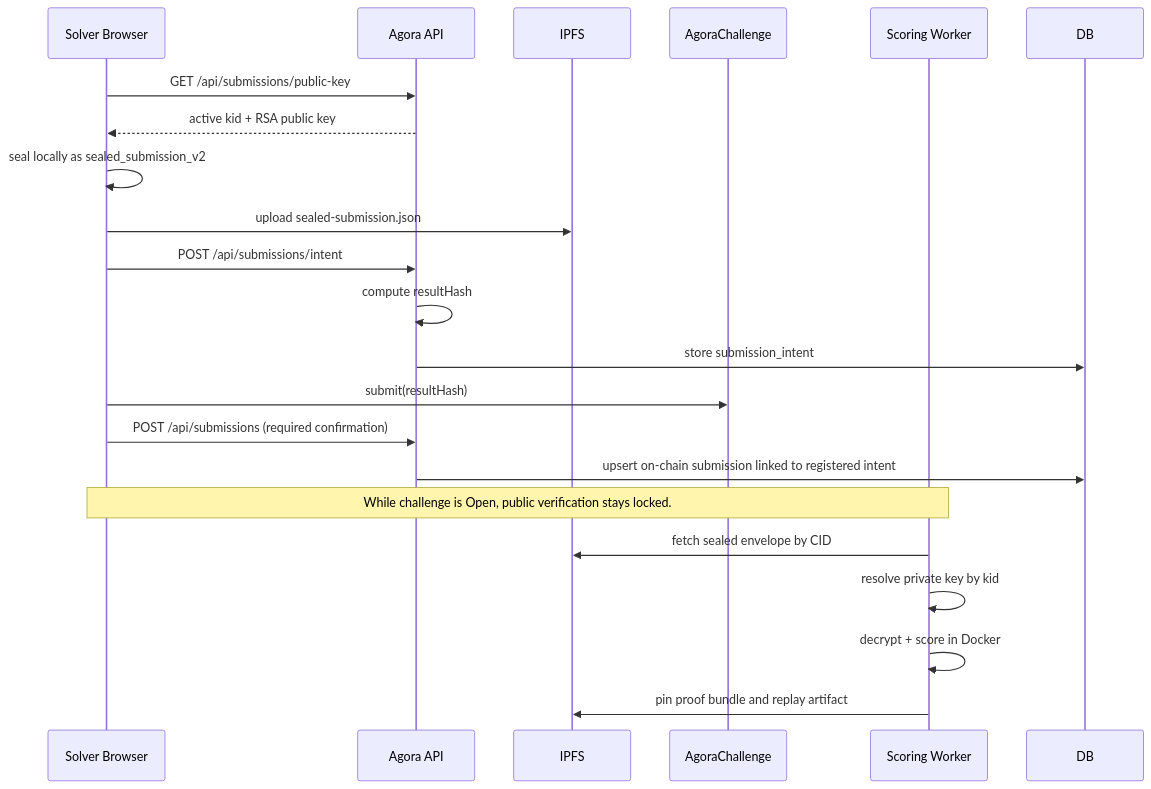
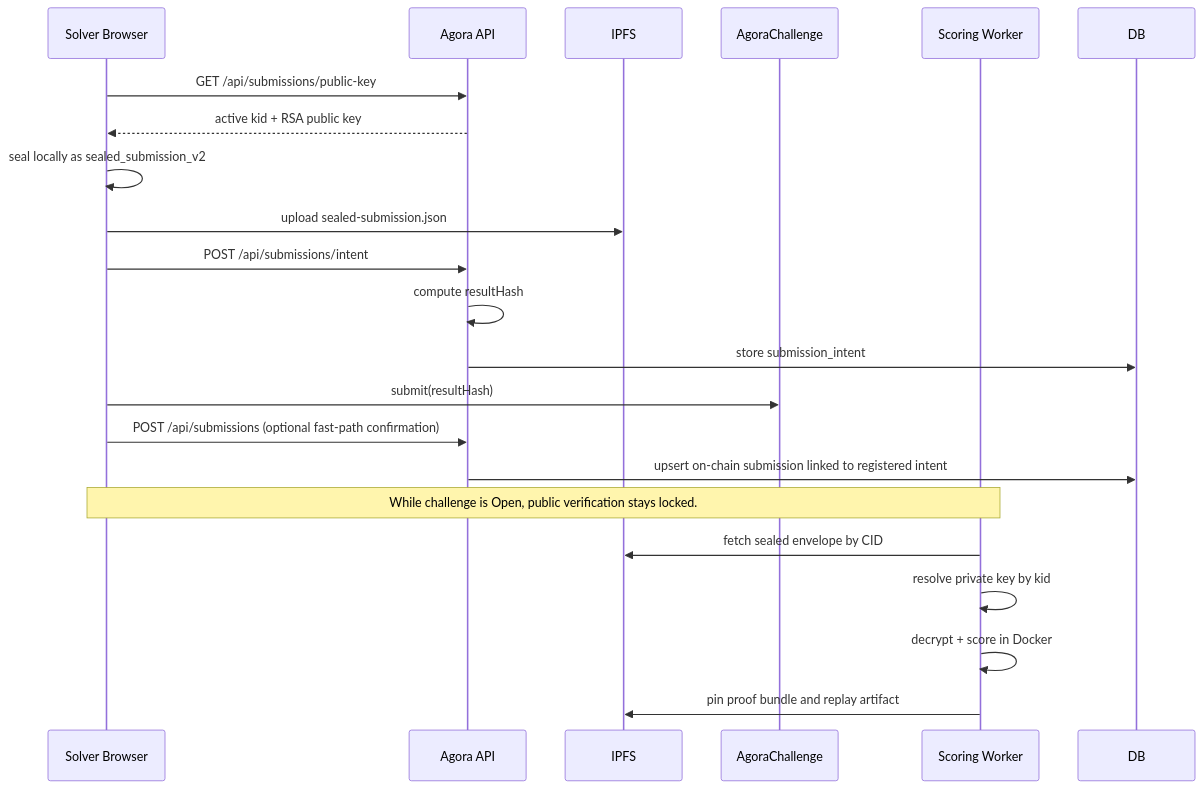
One commit to andymolecule/Agora changed the fourth of 14 diagrams in docs/architecture.md. Above: the diagram before and after it, drawn with Mermaid. The commit also changed other lines of this file and 5 other files, not shown here.

````diff
--- a/docs/architecture.md
+++ b/docs/architecture.md
@@ -233,26 +233,26 @@
 ```mermaid
 sequenceDiagram
     participant Solver as Solver Browser
     participant API as Agora API
     participant IPFS as IPFS
     participant Chain as AgoraChallenge
     participant Worker as Scoring Worker
 
     Solver->>API: GET /api/submissions/public-key
     API-->>Solver: active kid + RSA public key
     Solver->>Solver: seal locally as sealed_submission_v2
     Solver->>IPFS: upload sealed-submission.json
     Solver->>API: POST /api/submissions/intent
     API->>API: compute resultHash
     API->>DB: store submission_intent
     Solver->>Chain: submit(resultHash)
-    Solver->>API: POST /api/submissions (required confirmation)
+    Solver->>API: POST /api/submissions (optional fast-path confirmation)
     API->>DB: upsert on-chain submission linked to registered intent
 
     Note over Solver,Worker: While challenge is Open, public verification stays locked.
 
     Worker->>IPFS: fetch sealed envelope by CID
     Worker->>Worker: resolve private key by kid
     Worker->>Worker: decrypt + score in Docker
     Worker->>IPFS: pin proof bundle and replay artifact
 ```
````
